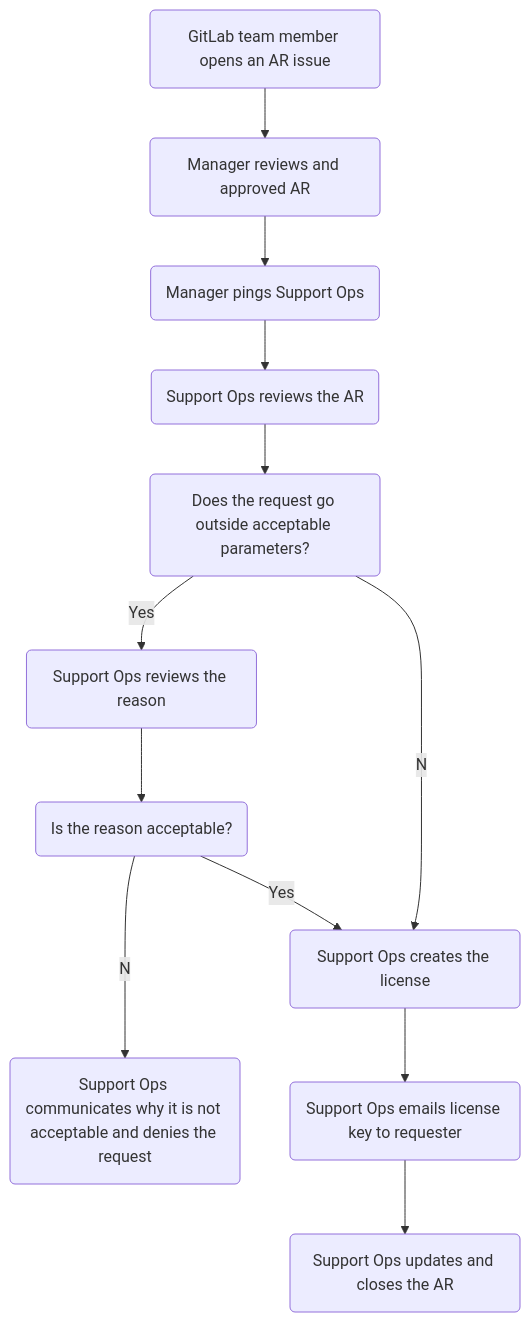
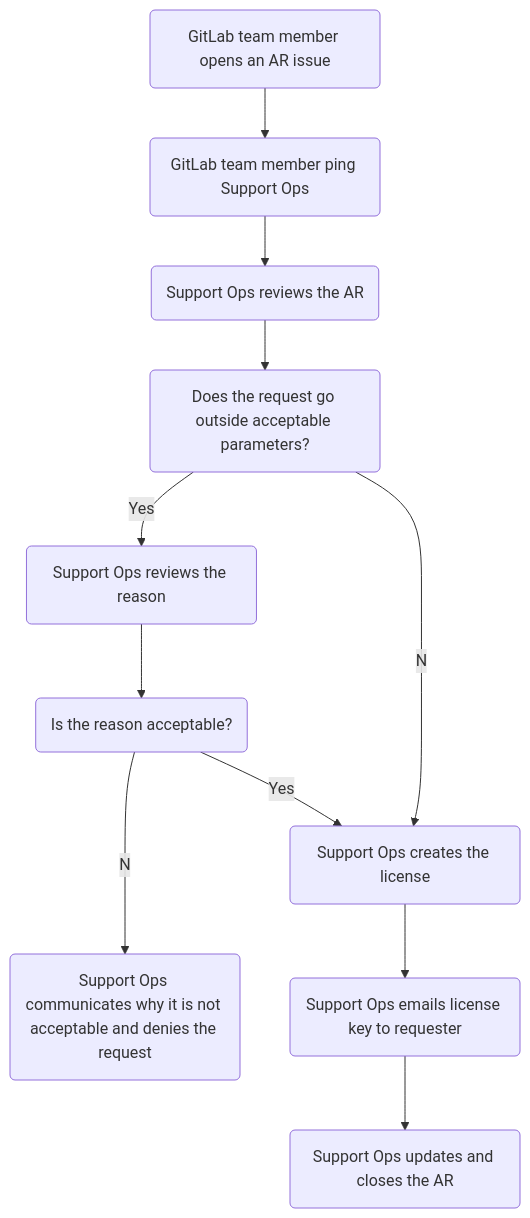
Before and after one commit to secretstartups/handbook: the diagram in support/support-ops/workflows/generating_gitlab_licenses.html.md, drawn with Mermaid. The commit also changed other lines of this file, not shown here.

Commit message:
Update license request process

````diff
--- a/support/support-ops/workflows/generating_gitlab_licenses.html.md
+++ b/support/support-ops/workflows/generating_gitlab_licenses.html.md
@@ -36,25 +35,23 @@
 ```mermaid
 graph TD;
   A-->B;
   B-->C;
   C-->D;
-  D-->E;
-  E--Yes-->F;
-  F-->G;
-  E--No-->I;
-  G--Yes-->I;
-  G--No-->H;
+  D--Yes-->E;
+  E-->F;
+  D--No-->H;
+  F--Yes-->H;
+  F--No-->G;
+  H-->I;
   I-->J;
-  J-->K;
   A(GitLab team member opens an AR issue)
-  B(Manager reviews and approved AR)
-  C(Manager pings Support Ops)
-  D(Support Ops reviews the AR)
-  E(Does the request go outside acceptable parameters?)
-  F(Support Ops reviews the reason)
-  G(Is the reason acceptable?)
-  H(Support Ops communicates why it is not acceptable and denies the request)
-  I(Support Ops creates the license)
-  J(Support Ops emails license key to requester)
-  K(Support Ops updates and closes the AR)
+  B(GitLab team member ping Support Ops)
+  C(Support Ops reviews the AR)
+  D(Does the request go outside acceptable parameters?)
+  E(Support Ops reviews the reason)
+  F(Is the reason acceptable?)
+  G(Support Ops communicates why it is not acceptable and denies the request)
+  H(Support Ops creates the license)
+  I(Support Ops emails license key to requester)
+  J(Support Ops updates and closes the AR)
 ```
````
